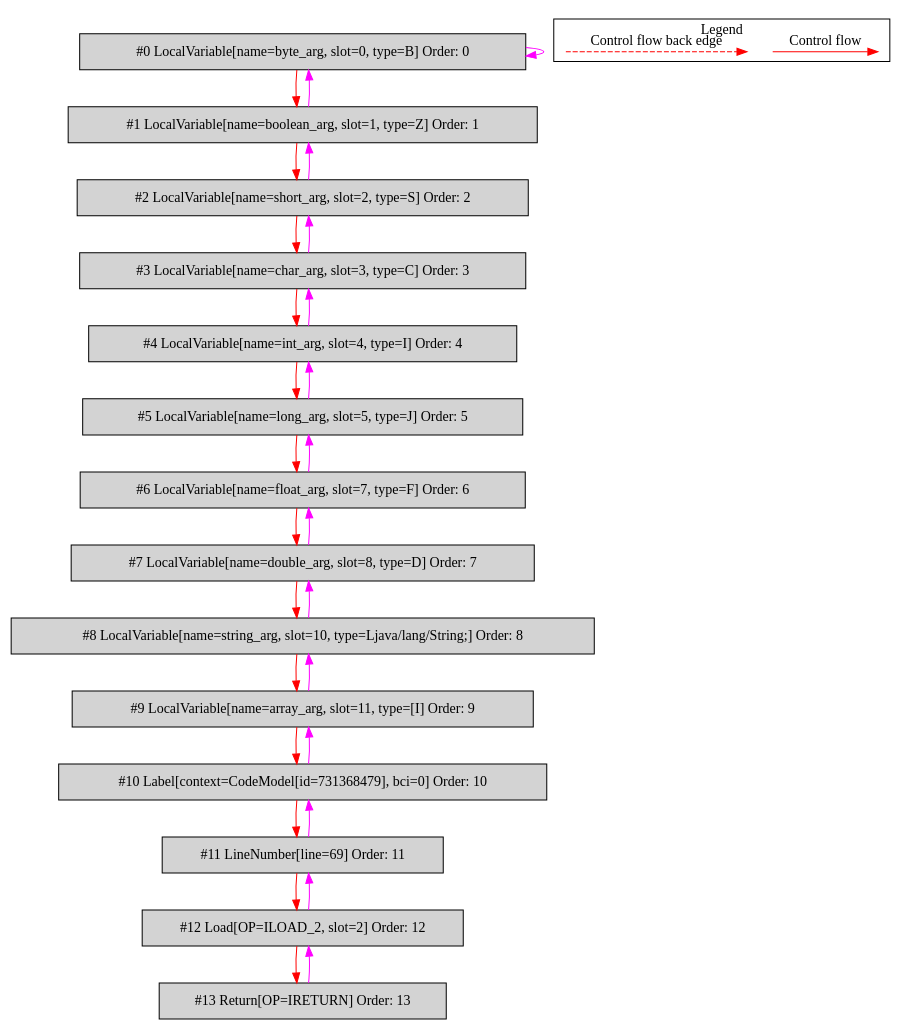
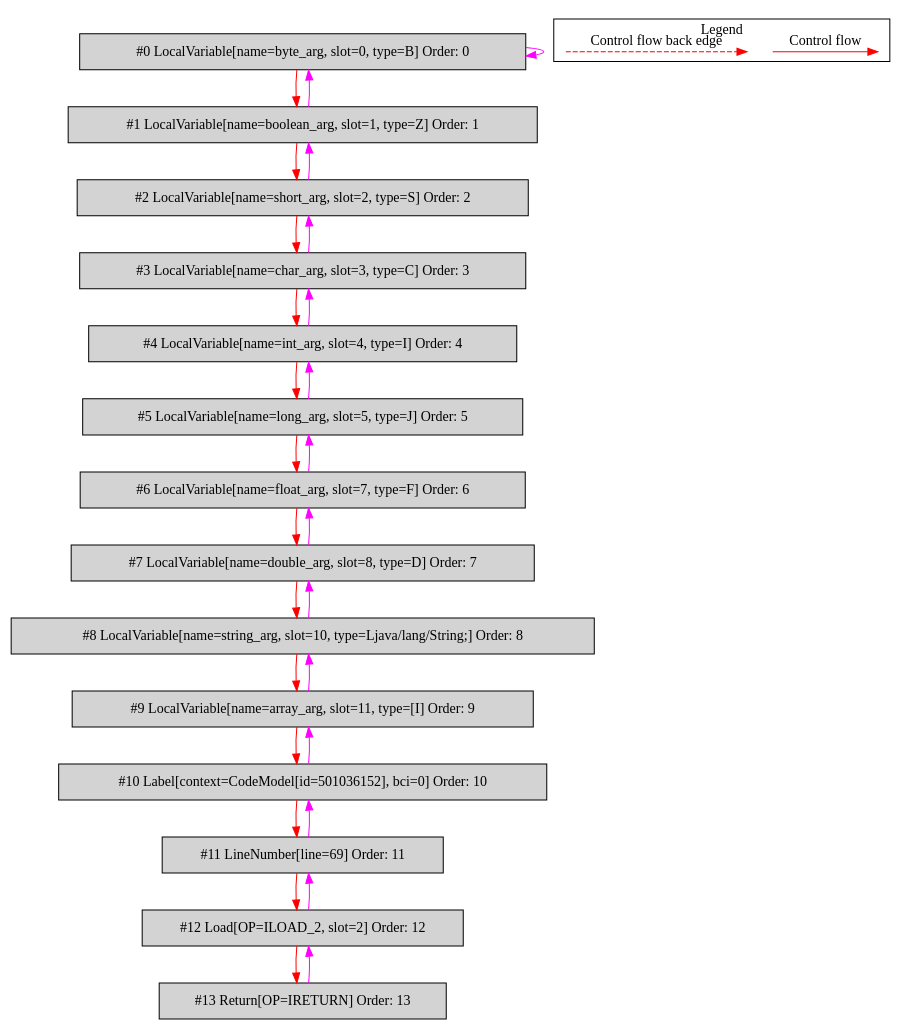
Before and after one commit to mirkosertic/MetaIR: the diagram in de.mirkosertic.metair.ir.examples.MethodInvokeTest/simple_method_return_short/bytecodecfg.dot, drawn with Graphviz. The commit also changed 977 other files, not shown here.

```diff
--- a/de.mirkosertic.metair.ir.examples.MethodInvokeTest/simple_method_return_short/bytecodecfg.dot
+++ b/de.mirkosertic.metair.ir.examples.MethodInvokeTest/simple_method_return_short/bytecodecfg.dot
@@ -1,58 +1,58 @@
 digraph {
  ordering="in";
  node0[label="#0 LocalVariable[name=byte_arg, slot=0, type=B] Order: 0", shape=box, fillcolor=lightgrey, style=filled];
  node1[label="#1 LocalVariable[name=boolean_arg, slot=1, type=Z] Order: 1", shape=box, fillcolor=lightgrey, style=filled];
  node2[label="#2 LocalVariable[name=short_arg, slot=2, type=S] Order: 2", shape=box, fillcolor=lightgrey, style=filled];
  node3[label="#3 LocalVariable[name=char_arg, slot=3, type=C] Order: 3", shape=box, fillcolor=lightgrey, style=filled];
  node4[label="#4 LocalVariable[name=int_arg, slot=4, type=I] Order: 4", shape=box, fillcolor=lightgrey, style=filled];
  node5[label="#5 LocalVariable[name=long_arg, slot=5, type=J] Order: 5", shape=box, fillcolor=lightgrey, style=filled];
  node6[label="#6 LocalVariable[name=float_arg, slot=7, type=F] Order: 6", shape=box, fillcolor=lightgrey, style=filled];
  node7[label="#7 LocalVariable[name=double_arg, slot=8, type=D] Order: 7", shape=box, fillcolor=lightgrey, style=filled];
  node8[label="#8 LocalVariable[name=string_arg, slot=10, type=Ljava/lang/String;] Order: 8", shape=box, fillcolor=lightgrey, style=filled];
  node9[label="#9 LocalVariable[name=array_arg, slot=11, type=[I] Order: 9", shape=box, fillcolor=lightgrey, style=filled];
- node10[label="#10 Label[context=CodeModel[id=731368479], bci=0] Order: 10", shape=box, fillcolor=lightgrey, style=filled];
+ node10[label="#10 Label[context=CodeModel[id=501036152], bci=0] Order: 10", shape=box, fillcolor=lightgrey, style=filled];
  node11[label="#11 LineNumber[line=69] Order: 11", shape=box, fillcolor=lightgrey, style=filled];
  node12[label="#12 Load[OP=ILOAD_2, slot=2] Order: 12", shape=box, fillcolor=lightgrey, style=filled];
  node13[label="#13 Return[OP=IRETURN] Order: 13", shape=box, fillcolor=lightgrey, style=filled];
  node0 -> node0[color=fuchsia];
  node0 -> node1[color=red];
  node1 -> node0[color=fuchsia];
  node1 -> node2[color=red];
  node2 -> node1[color=fuchsia];
  node2 -> node3[color=red];
  node3 -> node2[color=fuchsia];
  node3 -> node4[color=red];
  node4 -> node3[color=fuchsia];
  node4 -> node5[color=red];
  node5 -> node4[color=fuchsia];
  node5 -> node6[color=red];
  node6 -> node5[color=fuchsia];
  node6 -> node7[color=red];
  node7 -> node6[color=fuchsia];
  node7 -> node8[color=red];
  node8 -> node7[color=fuchsia];
  node8 -> node9[color=red];
  node9 -> node8[color=fuchsia];
  node9 -> node10[color=red];
  node10 -> node9[color=fuchsia];
  node10 -> node11[color=red];
  node11 -> node10[color=fuchsia];
  node11 -> node12[color=red];
  node12 -> node11[color=fuchsia];
  node12 -> node13[color=red];
  node13 -> node12[color=fuchsia];
  subgraph cluster_000 {
   label = "Legend";
   node [shape=point]
   {
    rank=same;
    c0 [style = invis];
    c1 [style = invis];
    c2 [style = invis];
    c3 [style = invis];
   }
   c0 -> c1 [label="Control flow", style=solid, color=red]
   c2 -> c3 [label="Control flow back edge", style=dashed, color=red]
  }
 
 }
```
